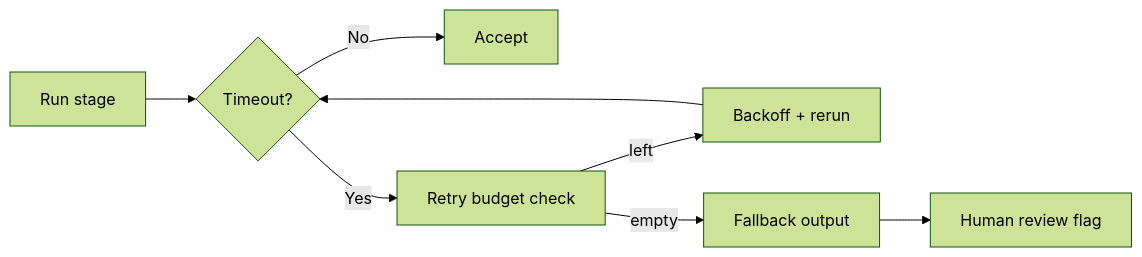
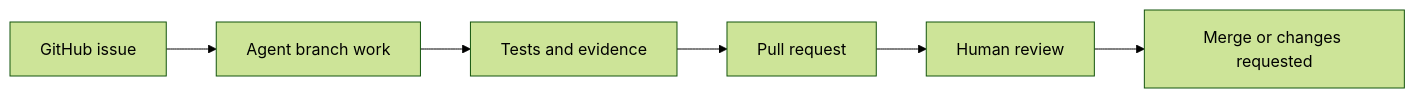
The first of 2 diagrams in slides/blocks/day2/day2_block5.qmd (finnoh/ws_genai_eb), drawn with Mermaid (forest theme) before and after one commit. The commit also changed other lines of this file and 6 other files, not shown here.

````diff
--- a/slides/blocks/day2/day2_block5.qmd
+++ b/slides/blocks/day2/day2_block5.qmd
@@ -23,10 +29,8 @@
 ```{mermaid}
 flowchart LR
-  A[Run stage] --> B{Timeout?}
-  B -->|No| C[Accept]
-  B -->|Yes| D[Retry budget check]
-  D -->|left| E[Backoff + rerun]
-  E --> B
-  D -->|empty| F[Fallback output]
-  F --> G[Human review flag]
+  I[GitHub issue] --> A[Agent branch work]
+  A --> T[Tests and evidence]
+  T --> P[Pull request]
+  P --> H[Human review]
+  H --> M[Merge or changes requested]
 ```
````
